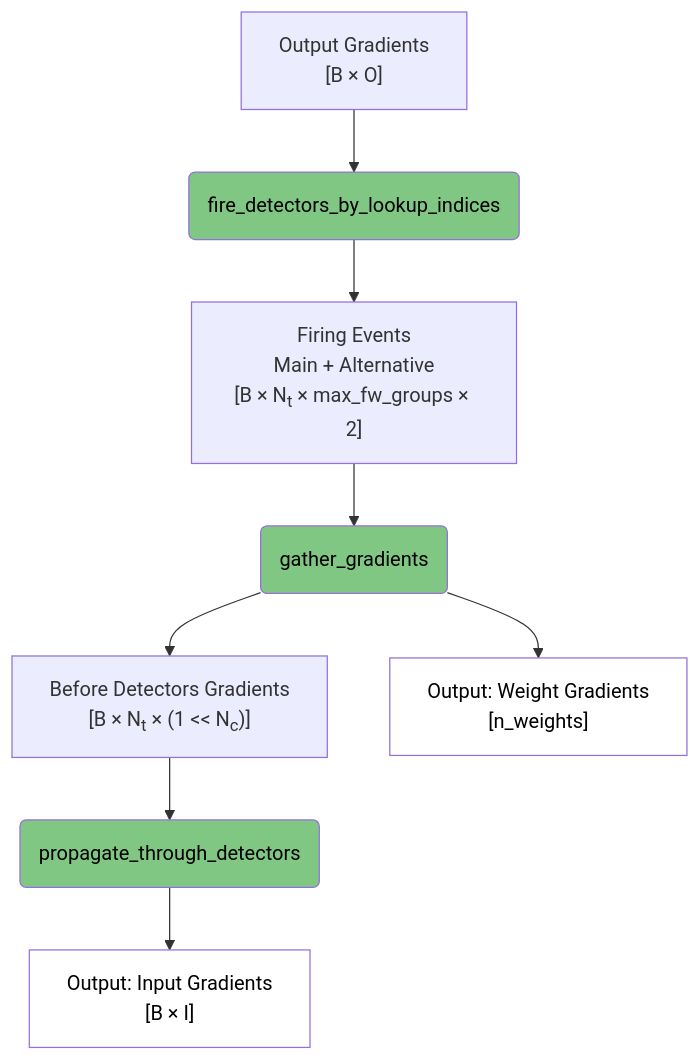
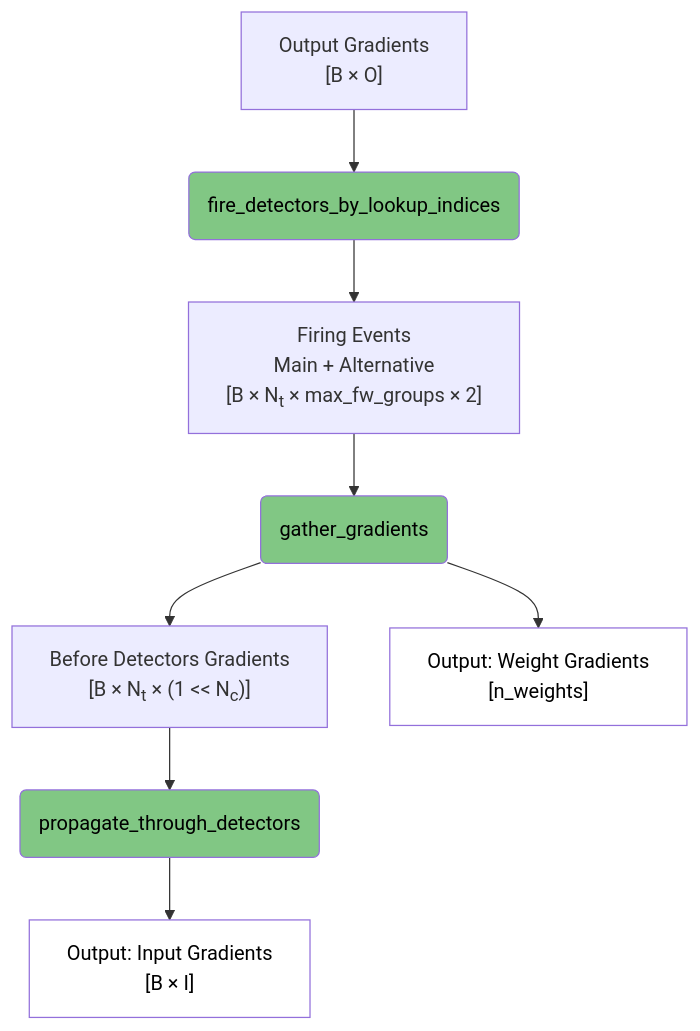
Before and after one commit to anatoli-starostin/spiky: the fourth of 6 diagrams in spiky_cuda/lut/doc/LUT_RUNTIME_DATA_FLOW.md, drawn with Mermaid.

Commit message:
LUT in progress

````diff
--- a/spiky_cuda/lut/doc/LUT_RUNTIME_DATA_FLOW.md
+++ b/spiky_cuda/lut/doc/LUT_RUNTIME_DATA_FLOW.md
@@ -79,20 +79,20 @@
 ```mermaid
 flowchart TD
     A["Output Gradients<br/>[B × O]"] --> B(fire_detectors_by_lookup_indices)
     
-    B --> C["Firing Events<br/>Main&nbsp;+&nbsp;Alternative<br/>[B × N<sub>t</sub> × max_fw_groups × 2]"]
+    B --> C["Firing Events<br/>Main&nbsp;+&nbsp;Alternative<br/>[B&nbsp;×&nbsp;N<sub>t</sub>&nbsp;×&nbsp;max_fw_groups&nbsp;×&nbsp;2]"]
     
     C --> D(gather_gradients)
     
     D --> E["Before Detectors Gradients<br/>[B × N<sub>t</sub> × (1 << N<sub>c</sub>)]"]
     D --> F["Output: Weight Gradients<br/>[n_weights]"]
     
     E --> G(propagate_through_detectors)
     G --> H["Output: Input Gradients<br/>[B × I]"]
     
     style B fill:#81c784,color:#000000
     style D fill:#81c784,color:#000000
     style G fill:#81c784,color:#000000
     style F fill:#ffffff,color:#000000
     style H fill:#ffffff,color:#000000
 ```
````
